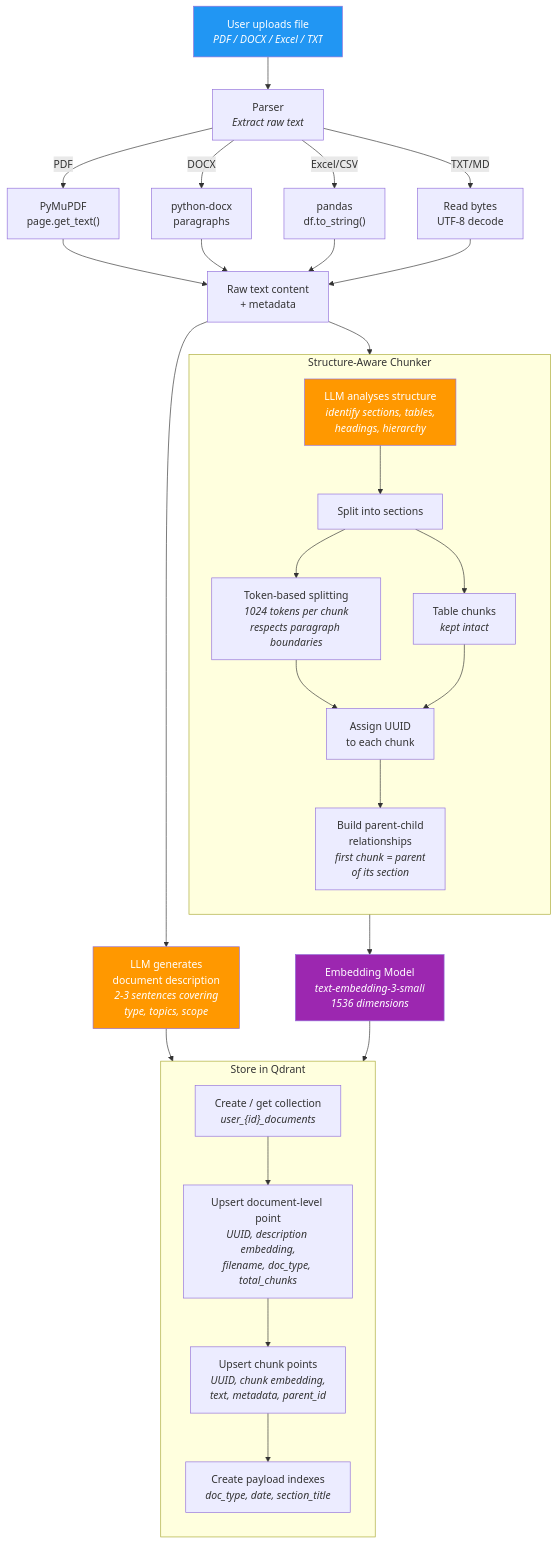
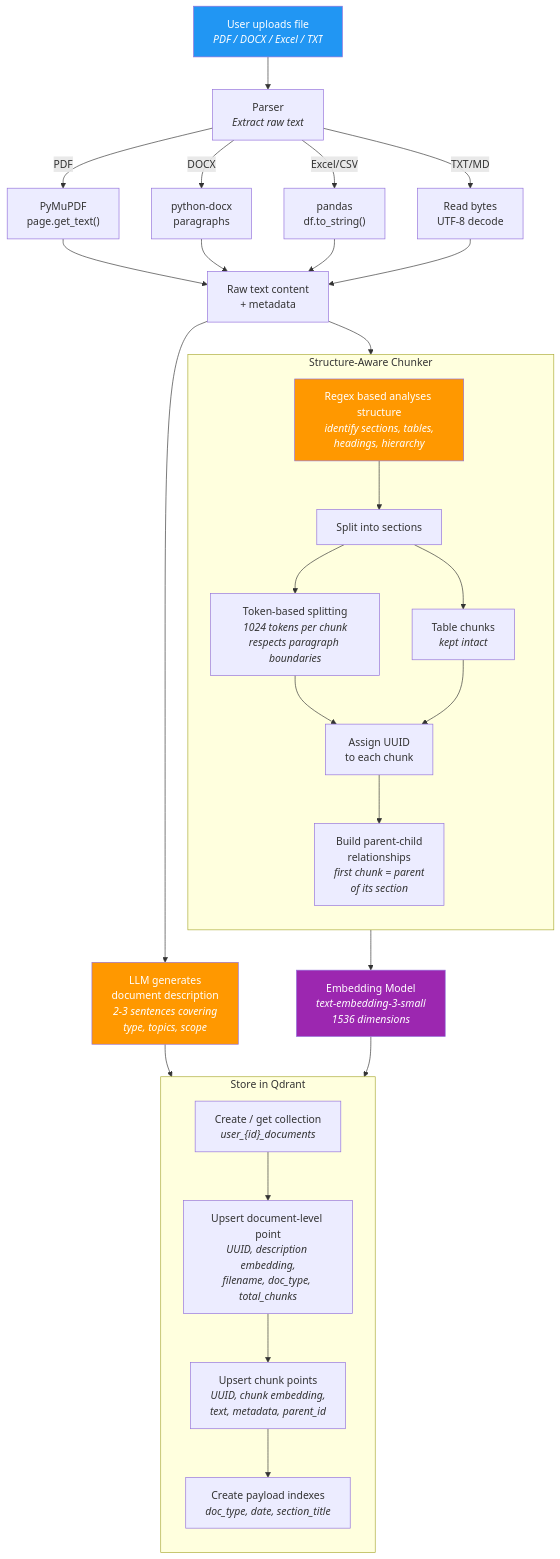
The seventh of 10 diagrams in README.md (vinu0404/TopoSort-RAG), drawn with Mermaid before and after one commit.

````diff
--- a/README.md
+++ b/README.md
@@ -245,53 +245,53 @@
 ```mermaid
 flowchart TD
     Upload["User uploads file<br/><i>PDF / DOCX / Excel / TXT</i>"]
 
     Upload --> Parser["Parser<br/><i>Extract raw text</i>"]
 
     Parser -->|"PDF"| PyMuPDF["PyMuPDF<br/>page.get_text()"]
     Parser -->|"DOCX"| PythonDocx["python-docx<br/>paragraphs"]
     Parser -->|"Excel/CSV"| Pandas["pandas<br/>df.to_string()"]
     Parser -->|"TXT/MD"| RawText["Read bytes<br/>UTF-8 decode"]
 
     PyMuPDF --> RawContent["Raw text content<br/>+ metadata"]
     PythonDocx --> RawContent
     Pandas --> RawContent
     RawText --> RawContent
 
     RawContent --> Describe["LLM generates<br/>document description<br/><i>2-3 sentences covering<br/>type, topics, scope</i>"]
 
     RawContent --> Chunker
 
     subgraph Chunker["Structure-Aware Chunker"]
         direction TB
-        LLMParse["LLM analyses structure<br/><i>identify sections, tables,<br/>headings, hierarchy</i>"]
+        LLMParse["Regex based analyses structure<br/><i>identify sections, tables,<br/>headings, hierarchy</i>"]
         LLMParse --> SplitSections["Split into sections"]
         SplitSections --> TokenSplit["Token-based splitting<br/><i>1024 tokens per chunk<br/>respects paragraph boundaries</i>"]
         SplitSections --> TableChunk["Table chunks<br/><i>kept intact</i>"]
         TokenSplit --> UUIDs["Assign UUID<br/>to each chunk"]
         TableChunk --> UUIDs
         UUIDs --> Relationships["Build parent-child<br/>relationships<br/><i>first chunk = parent<br/>of its section</i>"]
     end
 
     Describe --> Store
     Relationships --> Embedder
 
     Embedder["Embedding Model<br/><i>text-embedding-3-small<br/>1536 dimensions</i>"]
 
     Embedder --> Store
 
     Store["Qdrant Vector Store"]
 
     subgraph Store["Store in Qdrant"]
         direction TB
         Collection["Create / get collection<br/><i>user_{id}_documents</i>"]
         Collection --> DocPoint["Upsert document-level point<br/><i>UUID, description embedding,<br/>filename, doc_type, total_chunks</i>"]
         DocPoint --> ChunkPoints["Upsert chunk points<br/><i>UUID, chunk embedding,<br/>text, metadata, parent_id</i>"]
         ChunkPoints --> PayloadIdx["Create payload indexes<br/><i>doc_type, date, section_title</i>"]
     end
 
     style Upload fill:#2196F3,color:#fff
     style Describe fill:#FF9800,color:#fff
     style LLMParse fill:#FF9800,color:#fff
     style Embedder fill:#9C27B0,color:#fff
 ```
````
